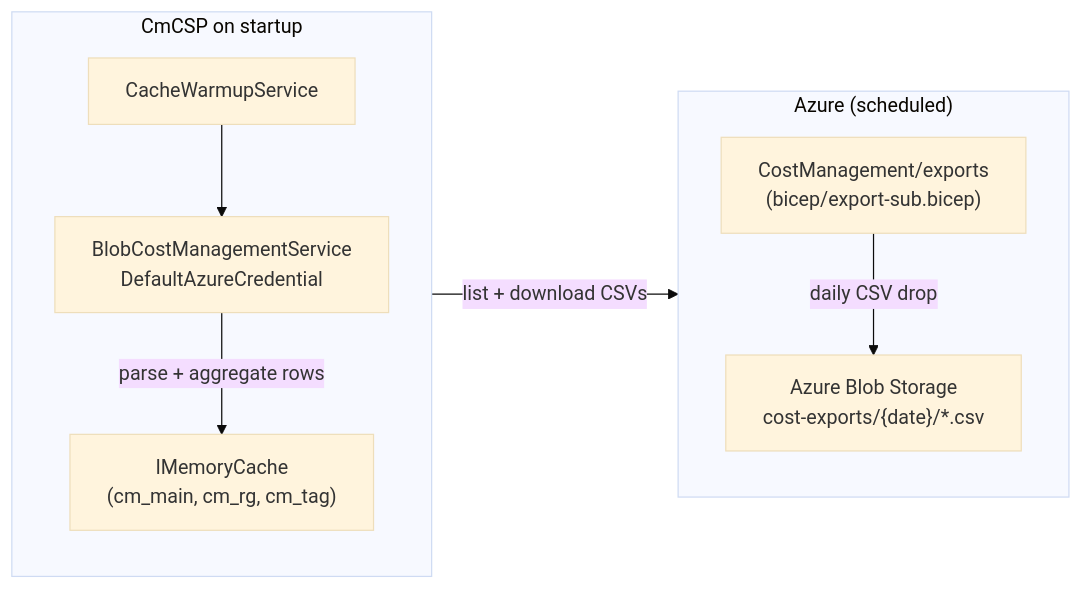
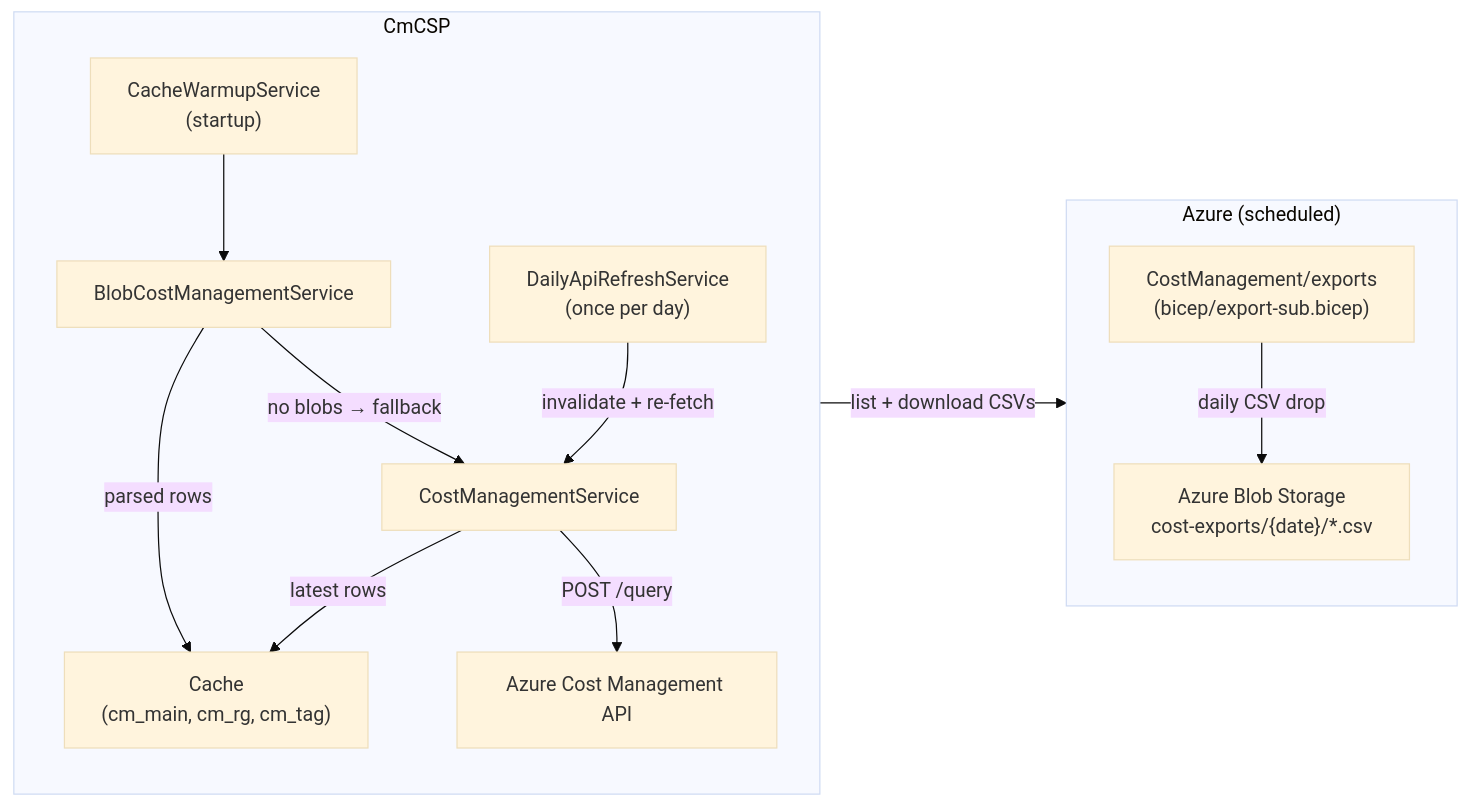
One commit to tdsnxnielsen-mikkelbach/CmCSP changed the fifth of 7 diagrams in README.md. Above: the diagram before and after it, drawn with Mermaid (base theme). The commit also changed other lines of this file and 25 other files, not shown here.

````diff
--- a/README.md
+++ b/README.md
@@ -417,19 +537,25 @@
 ```mermaid
 flowchart LR
     subgraph Azure["Azure (scheduled)"]
         direction TB
         Export["CostManagement/exports\n(bicep/export-sub.bicep)"]
         Blob["Azure Blob Storage\ncost-exports/{date}/*.csv"]
         Export -->|"daily CSV drop"| Blob
     end
 
-    subgraph App["CmCSP on startup"]
+    subgraph App["CmCSP"]
         direction TB
-        Warmup["CacheWarmupService"]
-        BlobSvc["BlobCostManagementService\nDefaultAzureCredential"]
-        Cache["IMemoryCache\n(cm_main, cm_rg, cm_tag)"]
+        Warmup["CacheWarmupService\n(startup)"]
+        Daily["DailyApiRefreshService\n(once per day)"]
+        BlobSvc["BlobCostManagementService"]
+        CostSvc["CostManagementService"]
+        Cache["Cache\n(cm_main, cm_rg, cm_tag)"]
         Warmup --> BlobSvc
         BlobSvc -->|"list + download CSVs"| Blob
-        BlobSvc -->|"parse + aggregate rows"| Cache
+        BlobSvc -->|"no blobs → fallback"| CostSvc
+        BlobSvc -->|"parsed rows"| Cache
+        Daily -->|"invalidate + re-fetch"| CostSvc
+        CostSvc -->|"POST /query"| AzureAPI["Azure Cost Management API"]
+        CostSvc -->|"latest rows"| Cache
     end
 ```
````
